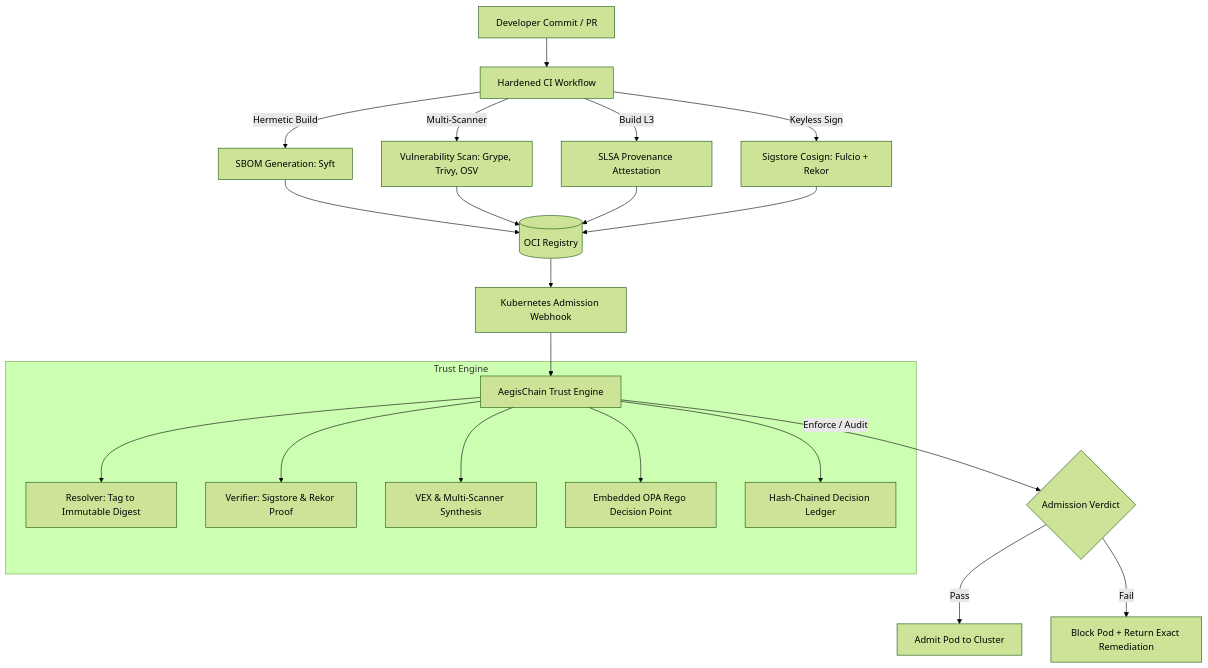
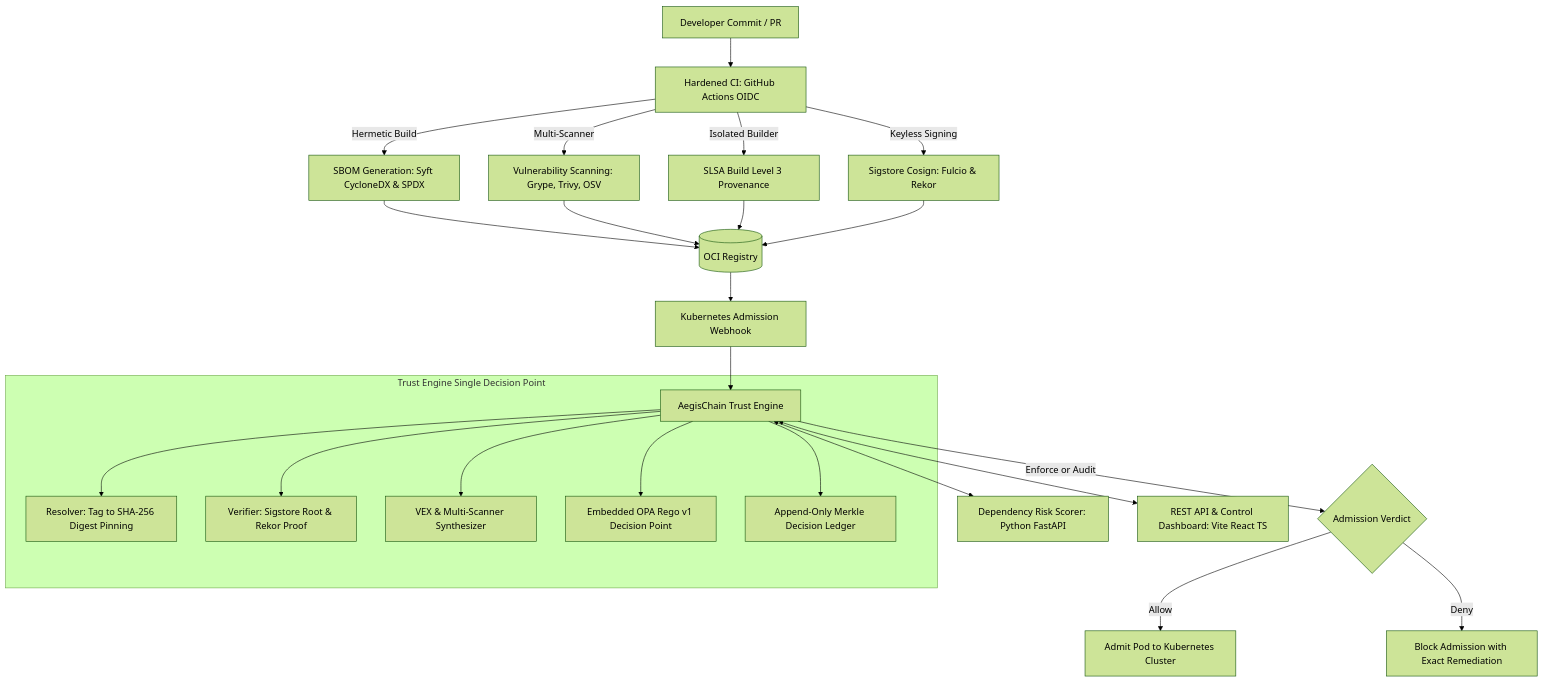
Before and after one commit to BYTEGUARDIAN14/AEGISCHAIN: the diagram in README.md, drawn with Mermaid (forest theme). The commit also changed other lines of this file and 4 other files, not shown here.

````diff
--- a/README.md
+++ b/README.md
@@ -26,28 +29,31 @@
 ```mermaid
 graph TD
-    A[Developer Commit / PR] --> B[Hardened CI Workflow]
-    B -->|Hermetic Build| C[SBOM Generation: Syft]
-    B -->|Multi-Scanner| D[Vulnerability Scan: Grype, Trivy, OSV]
-    B -->|Build L3| E[SLSA Provenance Attestation]
-    B -->|Keyless Sign| F[Sigstore Cosign: Fulcio + Rekor]
+    A[Developer Commit / PR] --> B[Hardened CI: GitHub Actions OIDC]
+    B -->|Hermetic Build| C[SBOM Generation: Syft CycloneDX & SPDX]
+    B -->|Multi-Scanner| D[Vulnerability Scanning: Grype, Trivy, OSV]
+    B -->|Isolated Builder| E[SLSA Build Level 3 Provenance]
+    B -->|Keyless Signing| F[Sigstore Cosign: Fulcio & Rekor]
     
     C --> G[(OCI Registry)]
     D --> G
     E --> G
     F --> G
     
     G --> H[Kubernetes Admission Webhook]
     H --> I[AegisChain Trust Engine]
     
-    subgraph Trust Engine
-        I --> J[Resolver: Tag to Immutable Digest]
-        I --> K[Verifier: Sigstore & Rekor Proof]
-        I --> L[VEX & Multi-Scanner Synthesis]
-        I --> M[Embedded OPA Rego Decision Point]
-        I --> N[Hash-Chained Decision Ledger]
+    subgraph Trust Engine Single Decision Point
+        I --> J[Resolver: Tag to SHA-256 Digest Pinning]
+        I --> K[Verifier: Sigstore Root & Rekor Proof]
+        I --> L[VEX & Multi-Scanner Synthesizer]
+        I --> M[Embedded OPA Rego v1 Decision Point]
+        I --> N[Append-Only Merkle Decision Ledger]
     end
     
-    I -->|Enforce / Audit| O{Admission Verdict}
-    O -->|Pass| P[Admit Pod to Cluster]
-    O -->|Fail| Q[Block Pod + Return Exact Remediation]
+    I <--> P[Dependency Risk Scorer: Python FastAPI]
+    I <--> Q[REST API & Control Dashboard: Vite React TS]
+    
+    I -->|Enforce or Audit| R{Admission Verdict}
+    R -->|Allow| S[Admit Pod to Kubernetes Cluster]
+    R -->|Deny| T[Block Admission with Exact Remediation]
 ```
````
